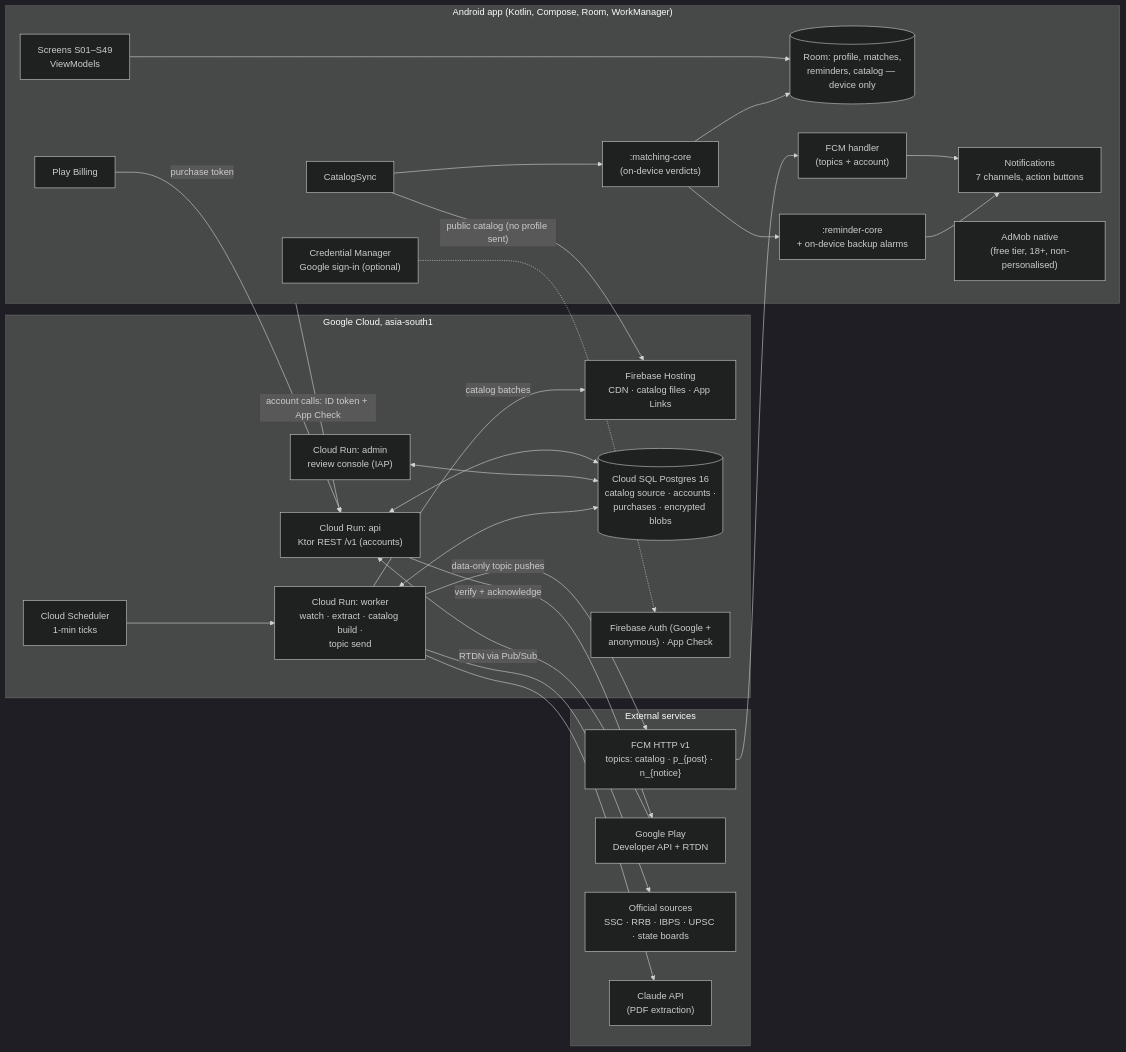
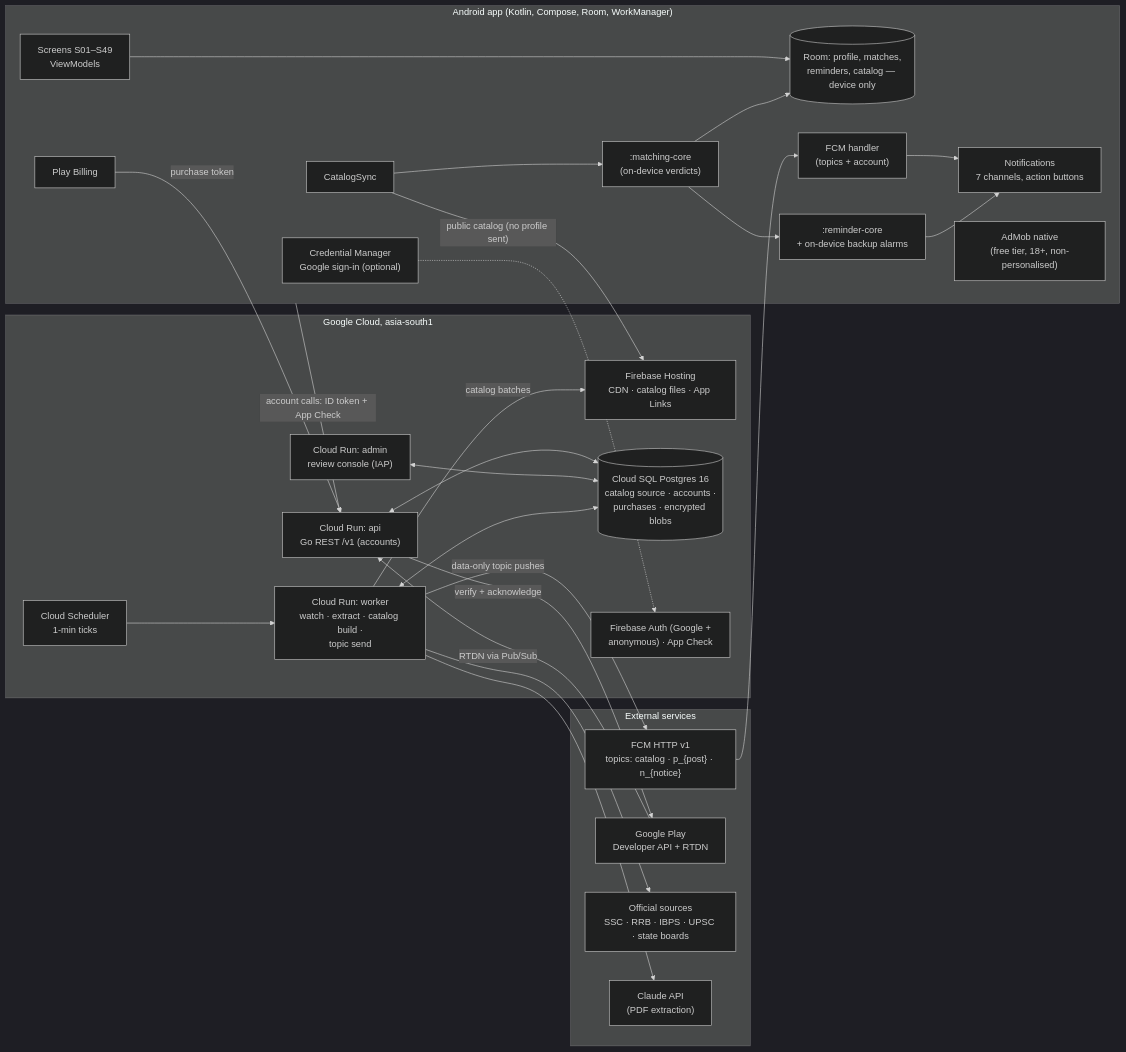
Before and after one commit to amanroy3901/job-vac: the diagram in docs/README.md, drawn with Mermaid (dark theme). The commit also changed other lines of this file and 18 other files, not shown here.

````diff
--- a/docs/README.md
+++ b/docs/README.md
@@ -68,45 +68,45 @@
 ```mermaid
 flowchart LR
   subgraph Phone["Android app (Kotlin, Compose, Room, WorkManager)"]
     UI["Screens S01–S49<br/>ViewModels"] --> ROOM[("Room: profile, matches,<br/>reminders, catalog — device only")]
     CS["CatalogSync"] --> ME[":matching-core<br/>(on-device verdicts)"] --> ROOM
     ME --> RP[":reminder-core<br/>+ on-device backup alarms"]
     FCMH["FCM handler<br/>(topics + account)"] --> NOTIF["Notifications<br/>7 channels, action buttons"]
     RP --> NOTIF
     BILL["Play Billing"]
     ADS["AdMob native<br/>(free tier, 18+, non-personalised)"]
     GS["Credential Manager<br/>Google sign-in (optional)"]
   end
 
   subgraph GCP["Google Cloud, asia-south1"]
     HOST["Firebase Hosting<br/>CDN · catalog files · App Links"]
-    API["Cloud Run: api<br/>Ktor REST /v1 (accounts)"]
+    API["Cloud Run: api<br/>Go REST /v1 (accounts)"]
     WRK["Cloud Run: worker<br/>watch · extract · catalog build ·<br/>topic send"]
     ADM["Cloud Run: admin<br/>review console (IAP)"]
     SCH["Cloud Scheduler<br/>1-min ticks"]
     PG[("Cloud SQL Postgres 16<br/>catalog source · accounts ·<br/>purchases · encrypted blobs")]
     AUTH["Firebase Auth (Google +<br/>anonymous) · App Check"]
   end
 
   subgraph Ext["External services"]
     FCM["FCM HTTP v1<br/>topics: catalog · p_{post} · n_{notice}"]
     PLAY["Google Play<br/>Developer API + RTDN"]
     SRC["Official sources<br/>SSC · RRB · IBPS · UPSC · state boards"]
     LLM["Claude API<br/>(PDF extraction)"]
   end
 
   CS -->|"public catalog (no profile sent)"| HOST
   Phone -->|"account calls: ID token + App Check"| API
   GS -.-> AUTH
   BILL -->|purchase token| API
   API <--> PG
   ADM <--> PG
   SCH --> WRK
   WRK <--> PG
   WRK --> SRC
   WRK --> LLM
   WRK -->|catalog batches| HOST
   WRK -->|data-only topic pushes| FCM --> FCMH
   API -->|verify + acknowledge| PLAY
   PLAY -->|RTDN via Pub/Sub| API
 ```
````
